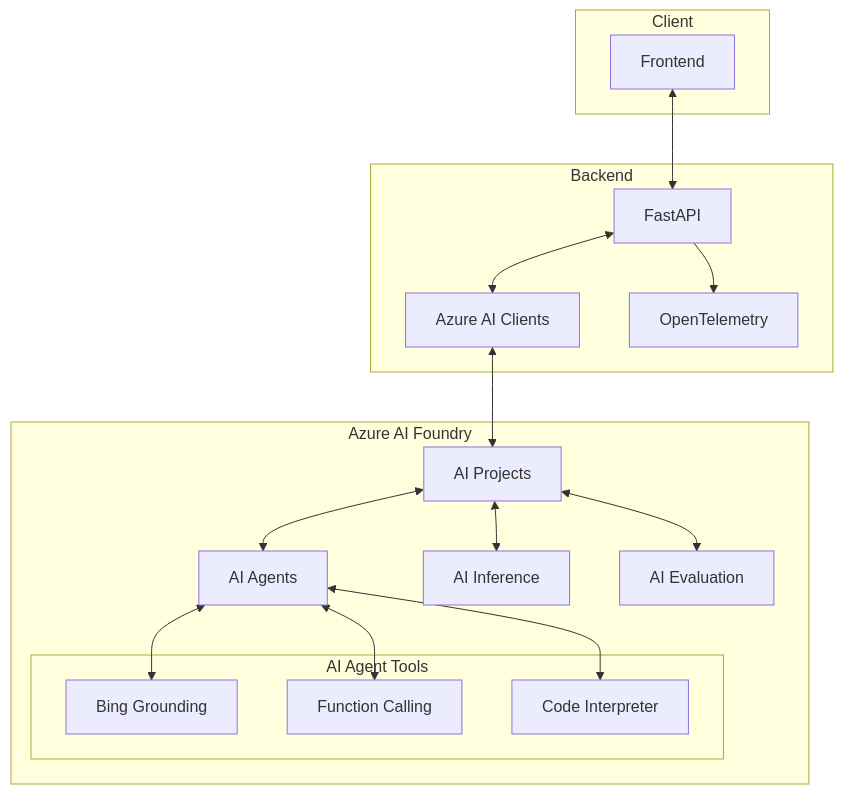
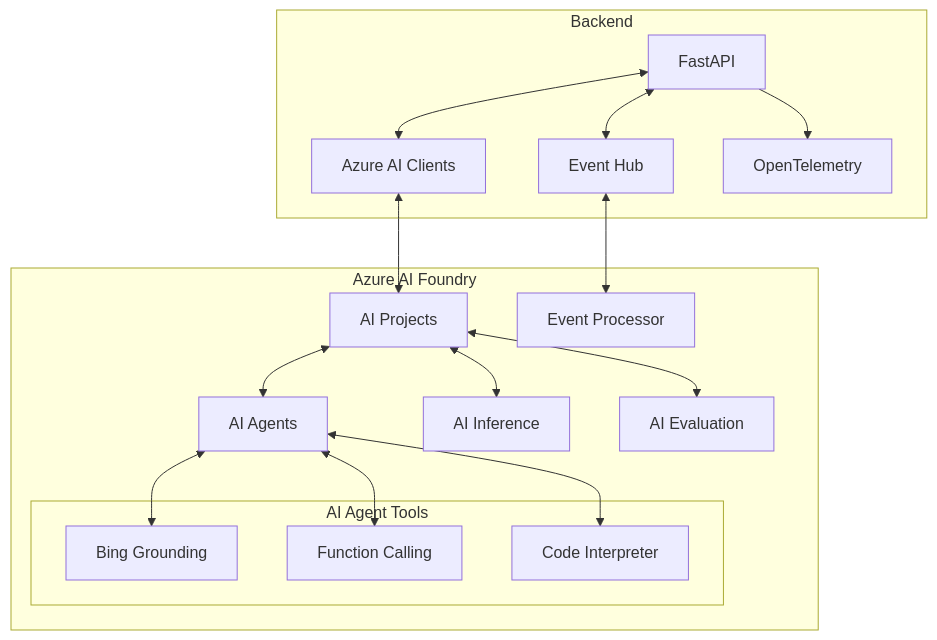
The diagram in 3-ai-native-e2e-sample/backend/README.md (yujeny/ai-foundry-workshop), drawn with Mermaid before and after one commit. The commit also changed other lines of this file and 14 other files, not shown here.

````diff
--- a/3-ai-native-e2e-sample/backend/README.md
+++ b/3-ai-native-e2e-sample/backend/README.md
@@ -107,35 +124,34 @@
 ```mermaid
 flowchart TB
-    subgraph Client
-        FE[Frontend]
-    end
-    
     subgraph Backend
         API[FastAPI]
         AI[Azure AI Clients]
+        EH[Event Hub]
         TEL[OpenTelemetry]
     end
     
     subgraph Azure["Azure AI Foundry"]
         PRJ[AI Projects]
         AGT[AI Agents]
         INF[AI Inference]
         EVAL[AI Evaluation]
+        EVP[Event Processor]
         subgraph Agents["AI Agent Tools"]
             BING[Bing Grounding]
             FUNC[Function Calling]
             CODE[Code Interpreter]
         end
     end
     
-    FE <--> API
     API <--> AI
+    API <--> EH
+    EH <--> EVP
     AI <--> PRJ
     PRJ <--> AGT
     AGT <--> BING
     AGT <--> FUNC
     AGT <--> CODE
     PRJ <--> INF
     PRJ <--> EVAL
     API --> TEL
 ```
````
